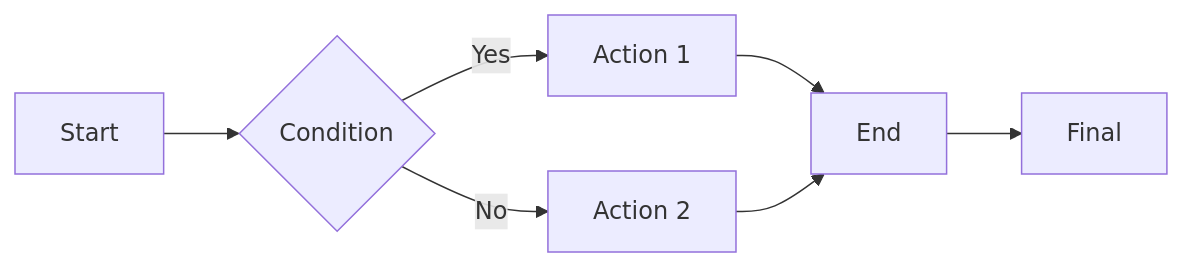
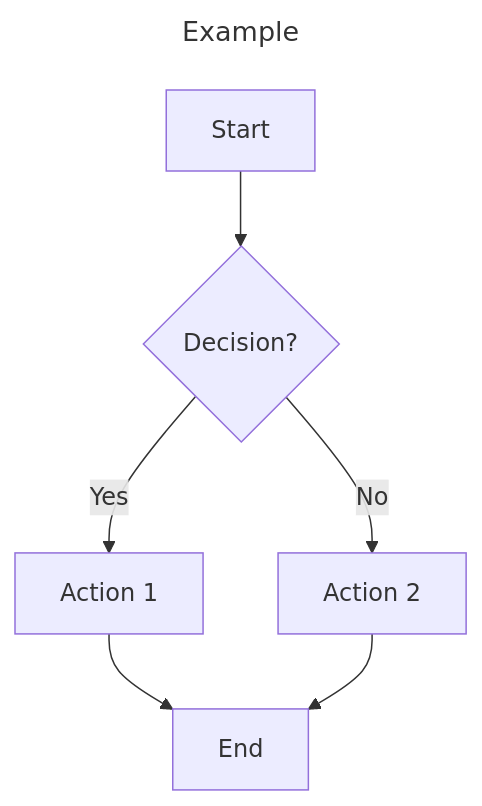
Before and after one commit to jessicahirsch/Mermaid-Diagrams: the diagram in diagrams/diagram2.mmd, drawn with Mermaid. The commit also changed 3 other files, not shown here.

```diff
--- a/diagrams/diagram2.mmd
+++ b/diagrams/diagram2.mmd
@@ -1,7 +1,9 @@
-flowchart LR
-    A[Start] --> B{Condition}
-    B -- Yes --> C[Action 1]
-    B -- No --> D[Action 2]
+---
+title: Example
+---
+flowchart TD
+    A[Start] --> B{Decision?}
+    B -->|Yes| C[Action 1]
+    B -->|No| D[Action 2]
     C --> E[End]
-    D --> E
-    E --> F[Final]
+    D --> E[End]
```
